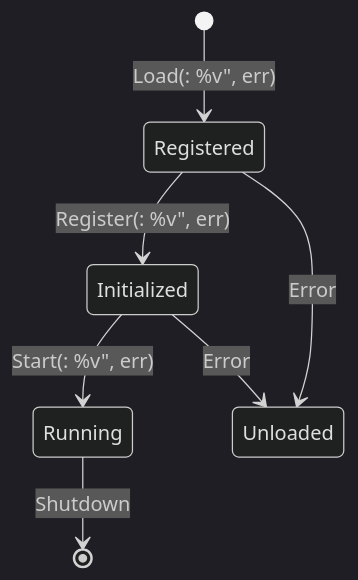
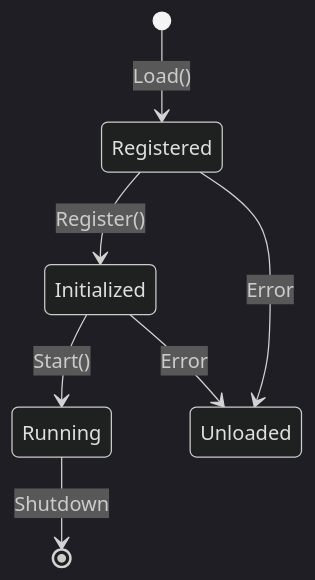
Before and after one commit to iota-uz/iota-sdk: the first of 13 diagrams in docs/content/architecture/module-system.mdx, drawn with Mermaid (dark theme). The commit also changed other lines of this file and 7 other files, not shown here.

Commit message:
docs: validate mermaid in CI

````diff
--- a/docs/content/architecture/module-system.mdx
+++ b/docs/content/architecture/module-system.mdx
@@ -12,10 +12,10 @@
 ```mermaid
 stateDiagram-v2
-    [*] --> Registered: Load(: %v", err)
-    Registered --> Initialized: Register(: %v", err)
-    Initialized --> Running: Start(: %v", err)
+    [*] --> Registered: Load()
+    Registered --> Initialized: Register()
+    Initialized --> Running: Start()
     Running --> [*]: Shutdown
-    
+     
     Registered --> Unloaded: Error
     Initialized --> Unloaded: Error
 ```
````
